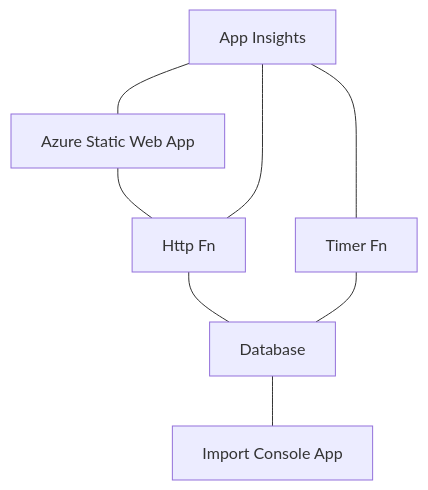
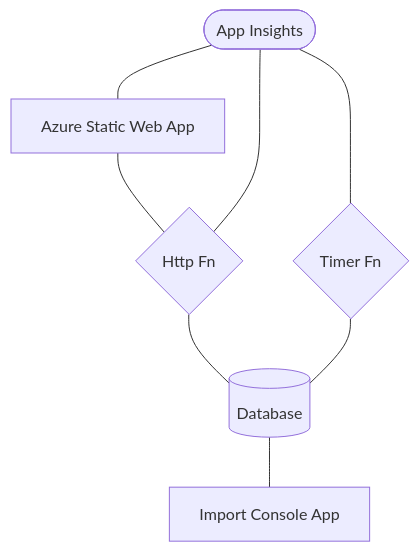
One commit to funkysi1701/Blogv2 changed the diagram in README.md. Above: the diagram before and after it, drawn with Mermaid.

````diff
--- a/README.md
+++ b/README.md
@@ -5,10 +5,10 @@
 ```mermaid
 graph TD
-    A[Azure Static Web App]---B[Http Fn]
-    B---D[Database]
-    C[Timer Fn]---D
+    A[Azure Static Web App]---B{Http Fn}
+    B---D[(Database)]
+    C{Timer Fn}---D
     D---E[Import Console App]
-    F[App Insights]---A
+    F([App Insights])---A
     F---B
     F---C
 ```
````
